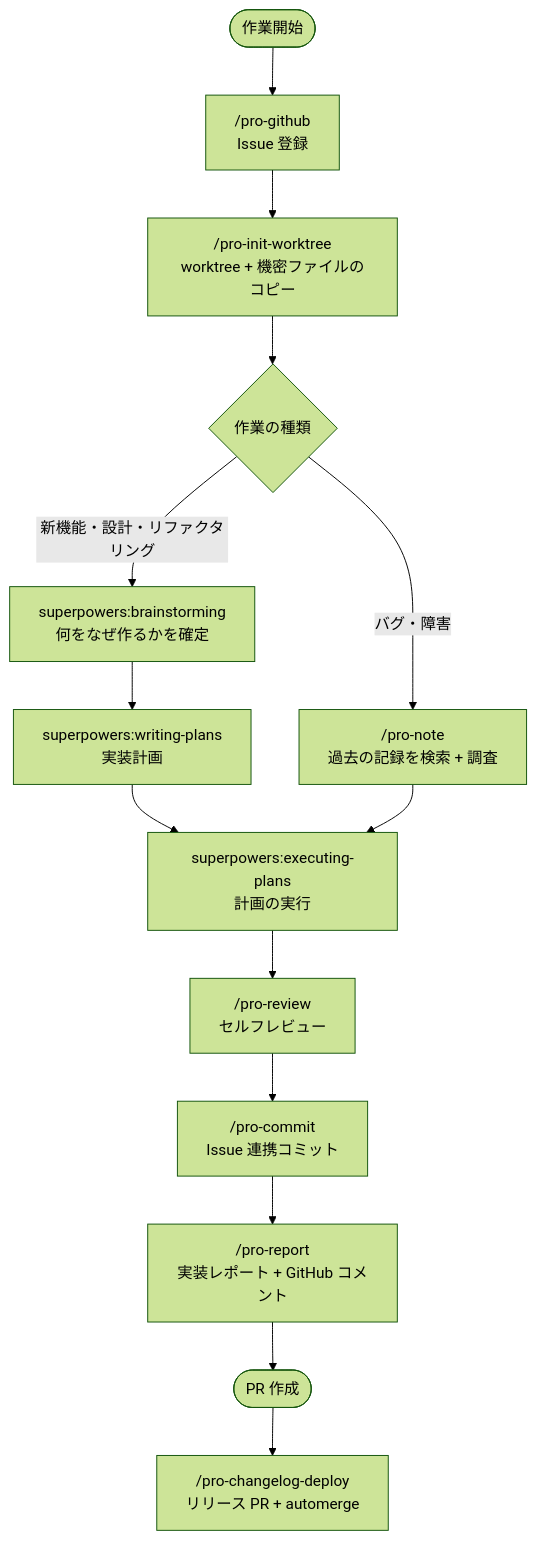
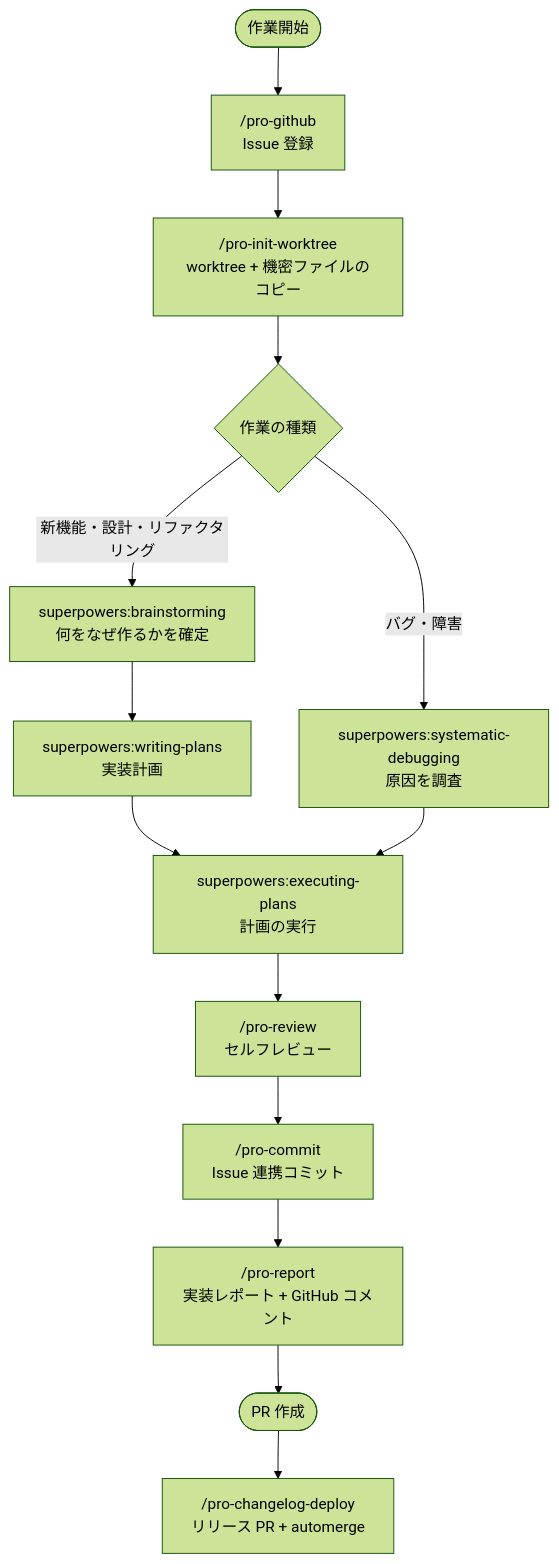
Before and after one commit to Cassiiopeia/projectops: the first of 2 diagrams in docs/i18n/README.ja.md, drawn with Mermaid (forest theme). The commit also changed other lines of this file and 51 other files, not shown here.

````diff
--- a/docs/i18n/README.ja.md
+++ b/docs/i18n/README.ja.md
@@ -154,18 +152,18 @@
 ```mermaid
 flowchart TD
     A(["作業開始"]) --> B["/pro-github<br/>Issue 登録"]
     B --> C["/pro-init-worktree<br/>worktree + 機密ファイルのコピー"]
     C --> D{"作業の種類"}
 
     D -->|新機能・設計・リファクタリング| E1["superpowers:brainstorming<br/>何をなぜ作るかを確定"]
-    D -->|バグ・障害| E2["/pro-note<br/>過去の記録を検索 + 調査"]
+    D -->|バグ・障害| E2["superpowers:systematic-debugging<br/>原因を調査"]
 
     E1 --> P["superpowers:writing-plans<br/>実装計画"]
     P --> F["superpowers:executing-plans<br/>計画の実行"]
     E2 --> F
     F --> H["/pro-review<br/>セルフレビュー"]
     H --> I["/pro-commit<br/>Issue 連携コミット"]
     I --> J["/pro-report<br/>実装レポート + GitHub コメント"]
     J --> K(["PR 作成"])
     K --> L["/pro-changelog-deploy<br/>リリース PR + automerge"]
 ```
````
